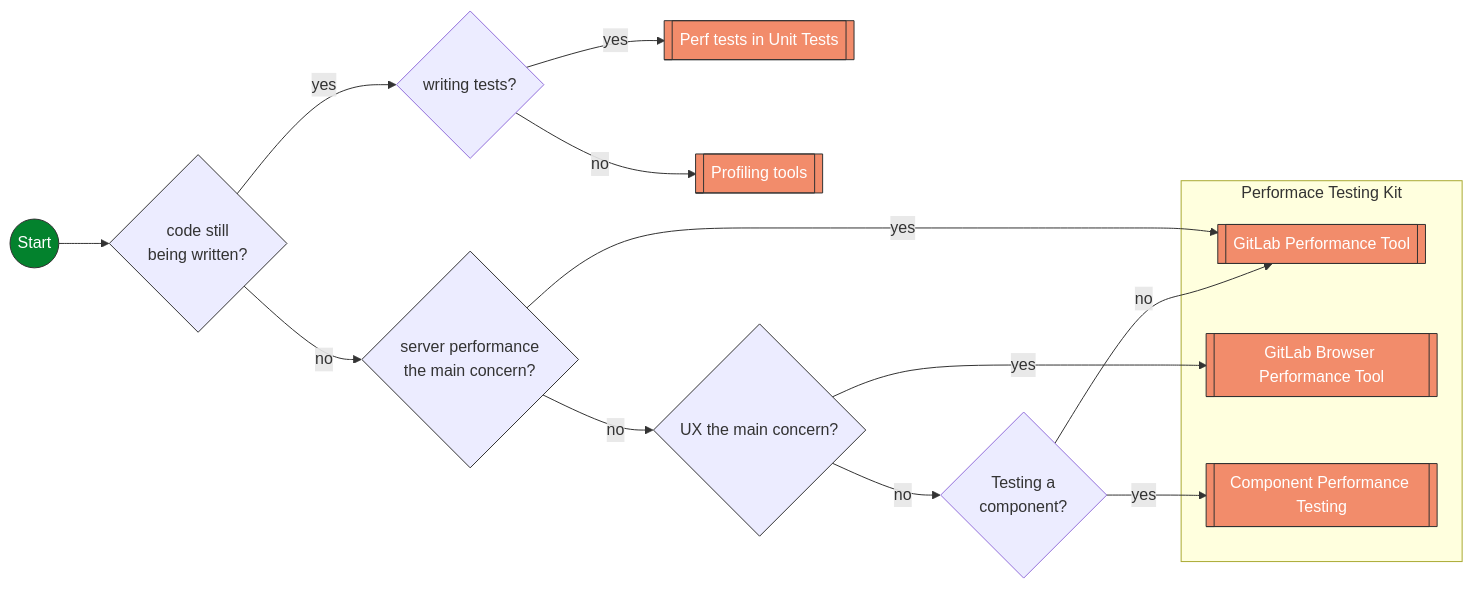
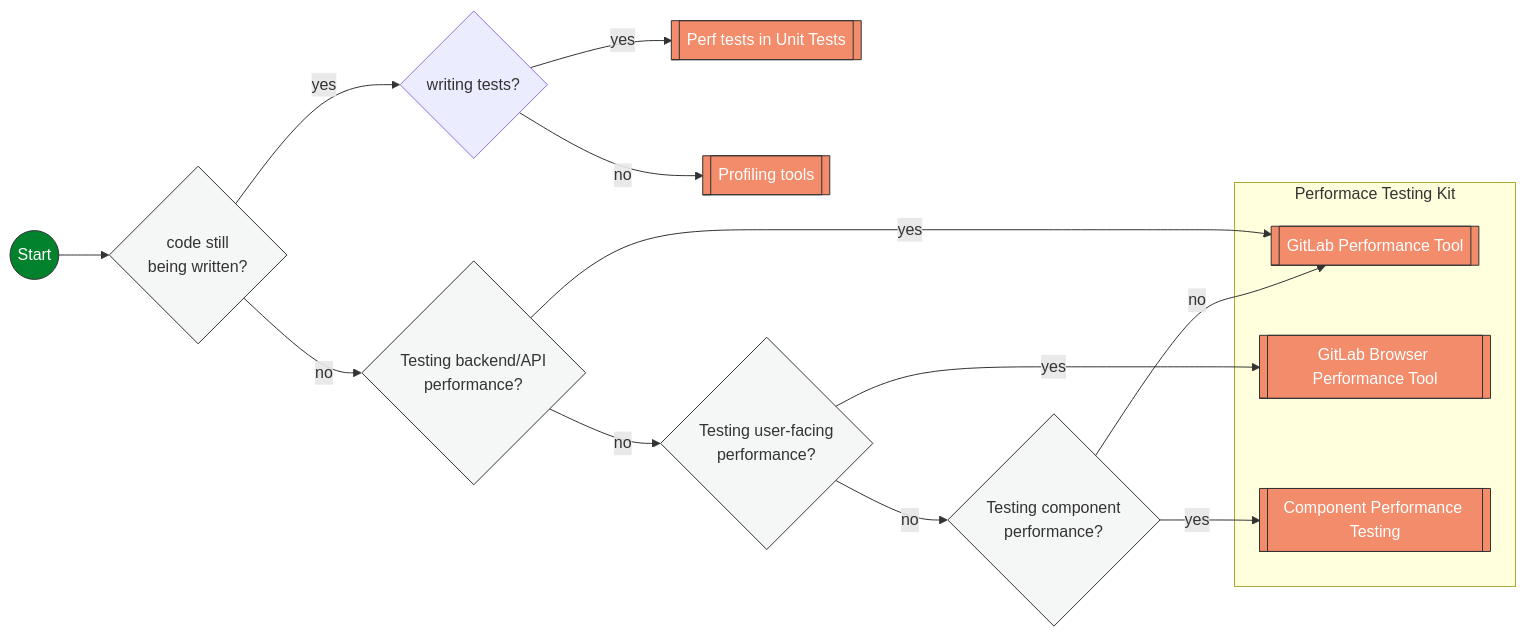
One commit to zalyoung/gitlab-handbook changed the diagram in content/handbook/engineering/testing/performance.md. Above: the diagram before and after it, drawn with Mermaid.

Commit message:
Tweeking diagram styling

````diff
--- a/content/handbook/engineering/testing/performance.md
+++ b/content/handbook/engineering/testing/performance.md
@@ -9,47 +9,47 @@
 ```mermaid
 flowchart LR
   START((Start))
 
   subgraph "Performace Testing Kit"
     GPT[[GitLab Performance Tool]]
     GBPT[[GitLab Browser Performance Tool]]
     CPT[[Component Performance Testing]]
   end
 
   UNIT[[Perf tests in Unit Tests]]
   PROFILE[[Profiling tools]]
 
   SPECS{writing tests?}
   BUILT{code still\nbeing written?}
-  UI{UX the main concern?}
-  ENV{server performance\nthe main concern?}
-  COMPONENT{Testing a\ncomponent?}
+  UI{Testing user-facing\nperformance?}
+  ENV{Testing backend/API\nperformance?}
+  COMPONENT{Testing component\nperformance?}
 
   START --> BUILT
   BUILT -- no --> ENV
   BUILT -- yes --> SPECS
   SPECS -- yes --> UNIT
   SPECS -- no --> PROFILE
 
   UI -- yes --> GBPT
   UI -- no --> COMPONENT
 
   COMPONENT -- yes --> CPT
   COMPONENT -- no --> GPT
 
   ENV -- yes --> GPT
   ENV -- no --> UI
 
-  classDef decision fill:##f5f7f6,stroke:#333,stroke-width:1px,rx:5px;
+  classDef decision fill:#f5f7f6,stroke:#333,stroke-width:1px,rx:5px;
   classDef tool fill:#F28C6B,stroke:#333,stroke-width:1px,color:white,rx:5px;
   classDef start fill:#03822d,stroke:#333,stroke-width:1px,color:white,rx:10px;
 
-  class UI,ENV,CODE,BUILT decision;
+  class UI,ENV,BUILT,COMPONENT decision;
   class GBPT,CPT,GPT,PROFILE,UNIT tool;
   class START start;
 
   click GPT "#system-level-load-testing"
   click GBPT "#client-side-performance-testing"
   click CPT "#component-performance-testing"
   click PROFILE "#profiling"
 ```
````
